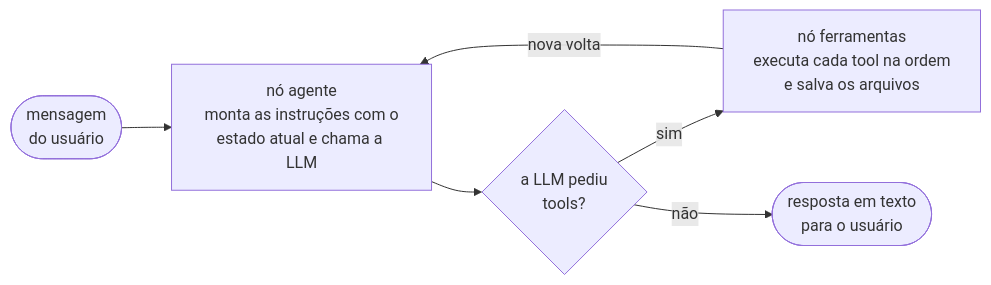
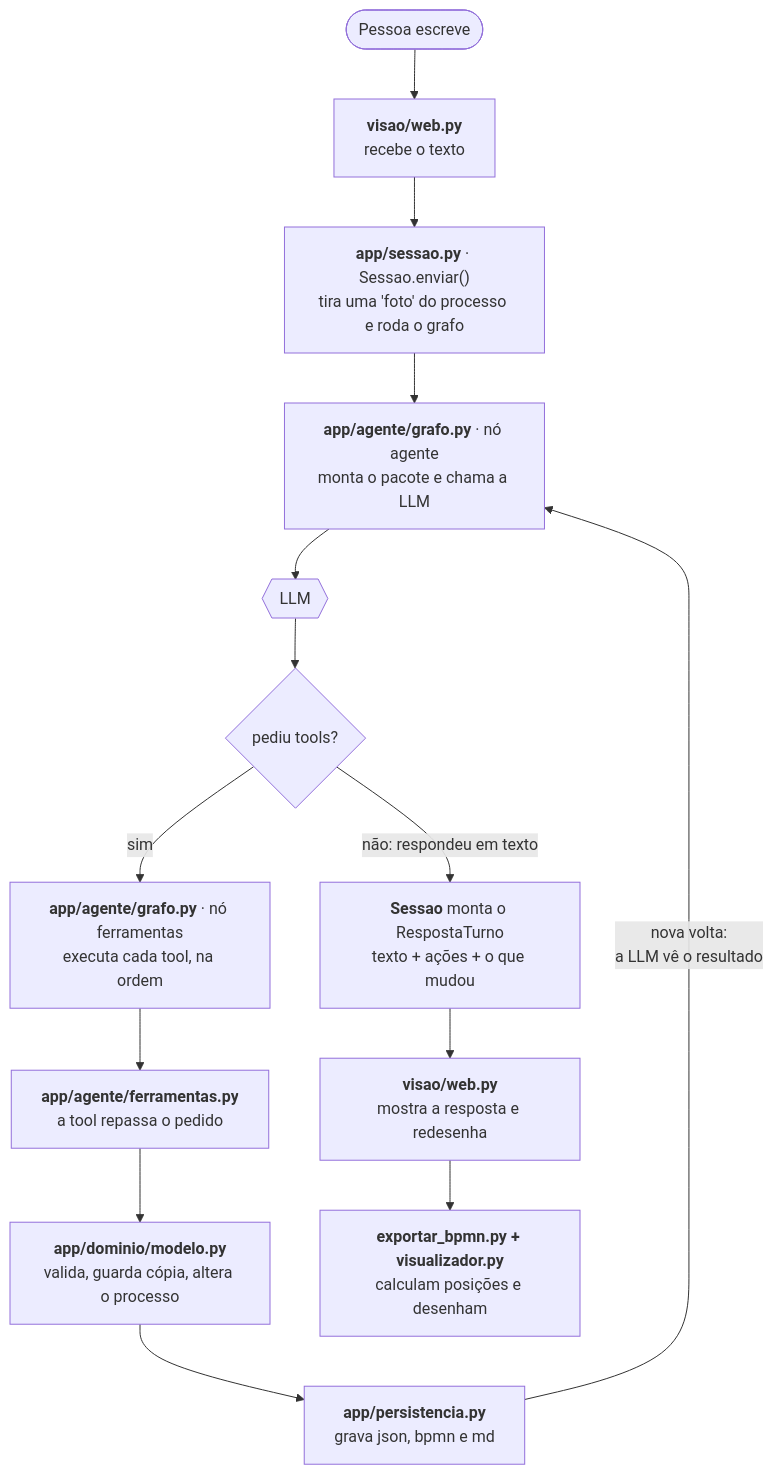
One commit to arthurparahyba/bpmn-agent changed the first of 7 diagrams in PASSO_A_PASSO.md. Above: the diagram before and after it, drawn with Mermaid. The commit also changed other lines of this file and 4 other files, not shown here.

````diff
--- a/PASSO_A_PASSO.md
+++ b/PASSO_A_PASSO.md
@@ -21,8 +31,16 @@
 ```mermaid
-flowchart LR
-    U(["mensagem<br/>do usuário"]) --> A["nó agente<br/>monta as instruções com o<br/>estado atual e chama a LLM"]
-    A --> Q{"a LLM pediu<br/>tools?"}
-    Q -- "sim" --> F["nó ferramentas<br/>executa cada tool na ordem<br/>e salva os arquivos"]
-    F -- "nova volta" --> A
-    Q -- "não" --> R(["resposta em texto<br/>para o usuário"])
+flowchart TB
+    P(["Pessoa escreve"]) --> W["<b>visao/web.py</b><br/>recebe o texto"]
+    W --> S["<b>app/sessao.py</b> · Sessao.enviar()<br/>tira uma 'foto' do processo e roda o grafo"]
+    S --> A["<b>app/agente/grafo.py</b> · nó agente<br/>monta o pacote e chama a LLM"]
+    A --> L{{"LLM"}}
+    L --> Q{"pediu tools?"}
+    Q -- "sim" --> F["<b>app/agente/grafo.py</b> · nó ferramentas<br/>executa cada tool, na ordem"]
+    F --> T["<b>app/agente/ferramentas.py</b><br/>a tool repassa o pedido"]
+    T --> M["<b>app/dominio/modelo.py</b><br/>valida, guarda cópia, altera o processo"]
+    M --> D["<b>app/persistencia.py</b><br/>grava json, bpmn e md"]
+    D -- "nova volta:<br/>a LLM vê o resultado" --> A
+    Q -- "não: respondeu em texto" --> R["<b>Sessao</b> monta o RespostaTurno<br/>texto + ações + o que mudou"]
+    R --> V["<b>visao/web.py</b><br/>mostra a resposta e redesenha"]
+    V --> X["<b>exportar_bpmn.py + visualizador.py</b><br/>calculam posições e desenham"]
 ```
````
